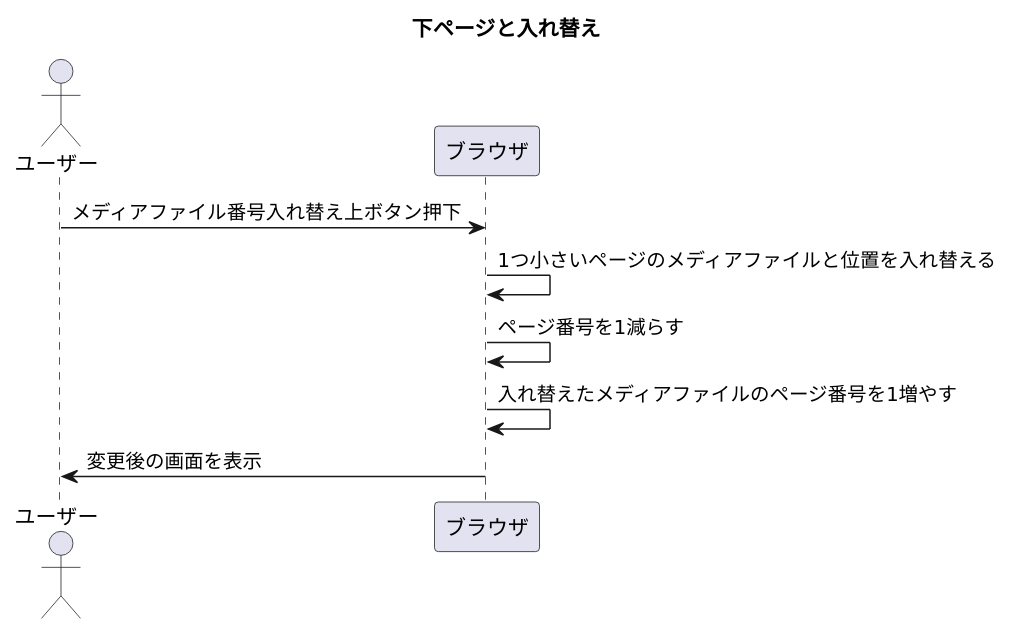
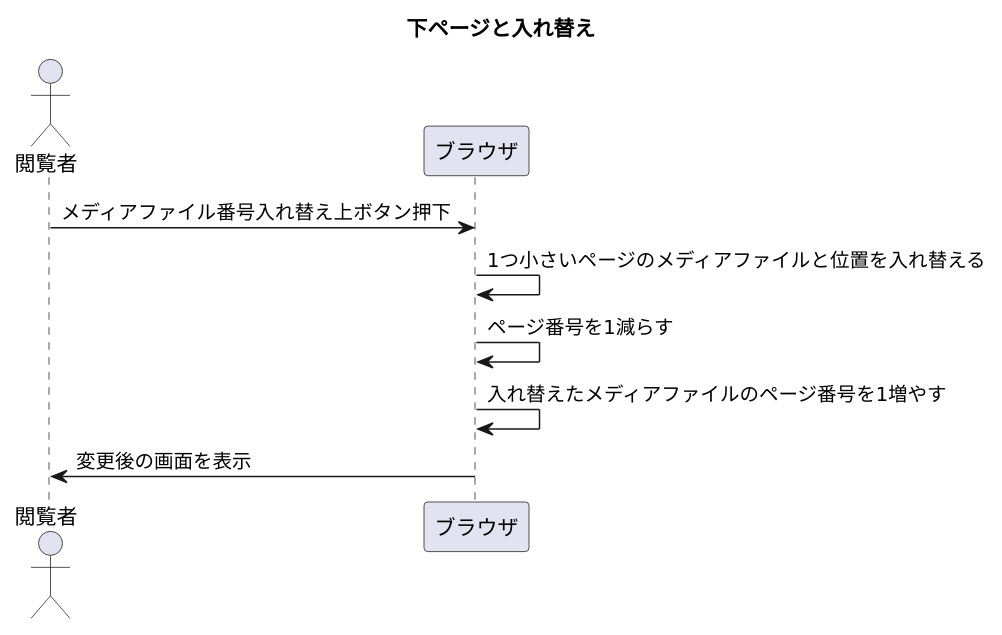
One commit to hachimitu22/MangaViewer changed the diagram in doc/6_ui/pages/メディア更新/sequence/下ページと入れ替え.puml. Above: the diagram before and after it, drawn with PlantUML. The commit also changed 39 other files, not shown here.

```diff
--- a/doc/6_ui/pages/メディア更新/sequence/下ページと入れ替え.puml
+++ b/doc/6_ui/pages/メディア更新/sequence/下ページと入れ替え.puml
@@ -1,14 +1,14 @@
 @startuml 
 
 title 下ページと入れ替え
 
-actor ユーザー
+actor 閲覧者
 participant ブラウザ
 
-ユーザー -> ブラウザ: メディアファイル番号入れ替え上ボタン押下
+閲覧者 -> ブラウザ: メディアファイル番号入れ替え上ボタン押下
 ブラウザ -> ブラウザ: 1つ小さいページのメディアファイルと位置を入れ替える
 ブラウザ -> ブラウザ: ページ番号を1減らす
 ブラウザ -> ブラウザ: 入れ替えたメディアファイルのページ番号を1増やす
-ユーザー <- ブラウザ: 変更後の画面を表示
+閲覧者 <- ブラウザ: 変更後の画面を表示
 
 @enduml
```
